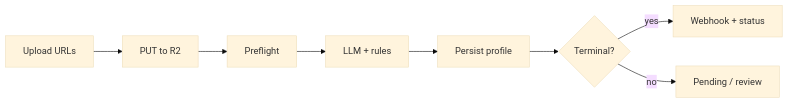
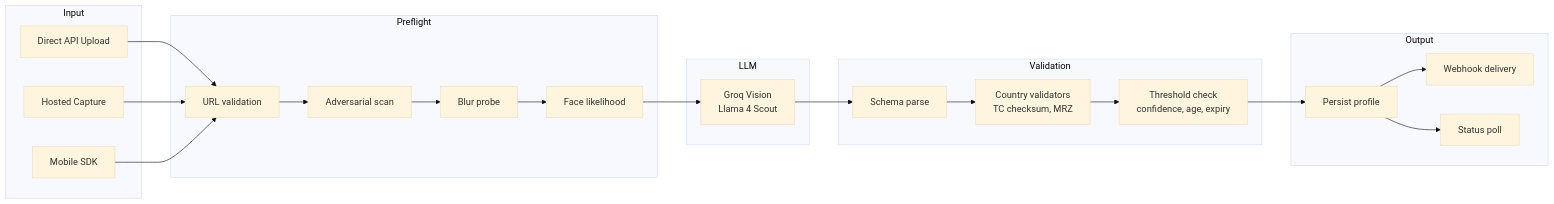
The diagram in kyc-flow-overview.md (4lbatr0s/armith-docs), drawn with Mermaid (base theme) before and after one commit. The commit also changed other lines of this file and 22 other files, not shown here.

````diff
--- a/kyc-flow-overview.md
+++ b/kyc-flow-overview.md
@@ -22,10 +42,34 @@
 ```mermaid
 flowchart LR
-  A[Upload URLs] --> B[PUT to R2]
-  B --> C[Preflight]
-  C --> D[LLM + rules]
-  D --> E[Persist profile]
-  E --> F{Terminal?}
-  F -->|yes| G[Webhook + status]
-  F -->|no| H[Pending / review]
+  subgraph Input
+    A1[Direct API Upload]
+    A2[Hosted Capture]
+    A3[Mobile SDK]
+  end
+
+  subgraph Preflight
+    B[URL validation]
+    C[Adversarial scan]
+    D[Blur probe]
+    E[Face likelihood]
+  end
+
+  subgraph LLM
+    F[Groq Vision<br/>Llama 4 Scout]
+  end
+
+  subgraph Validation
+    G[Schema parse]
+    H[Country validators<br/>TC checksum, MRZ]
+    I[Threshold check<br/>confidence, age, expiry]
+  end
+
+  subgraph Output
+    J[Persist profile]
+    K[Webhook delivery]
+    L[Status poll]
+  end
+
+  A1 & A2 & A3 --> B --> C --> D --> E --> F --> G --> H --> I --> J --> K
+  J --> L
 ```
````
